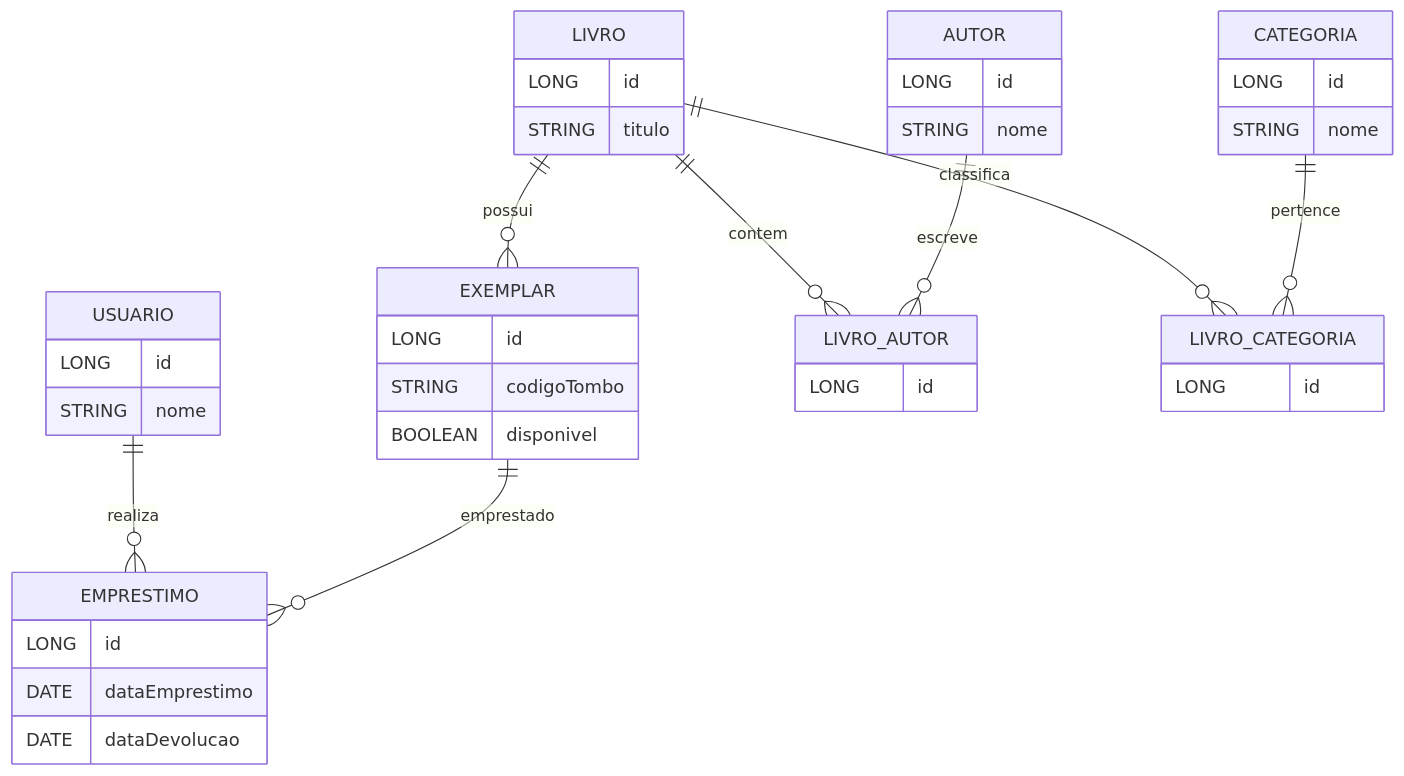
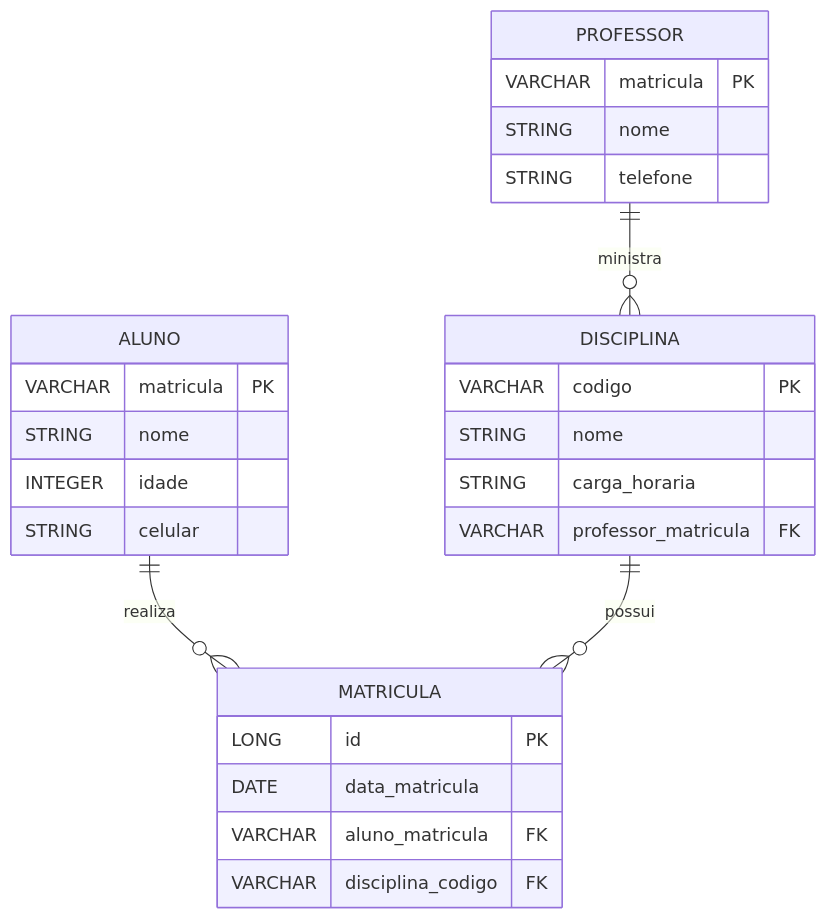
Before and after one commit to javajdk2023/j2: the first of 2 diagrams in README.md, drawn with Mermaid. The commit also changed other lines of this file, not shown here.

````diff
--- a/README.md
+++ b/README.md
@@ -549,61 +689,35 @@
 ```mermaid
 erDiagram
-    USUARIO {
-        LONG id
+
+    ALUNO {
+        VARCHAR matricula PK
         STRING nome
+        INTEGER idade
+        STRING celular
     }
 
-    LIVRO {
-        LONG id
-        STRING titulo
+    PROFESSOR {
+        VARCHAR matricula PK
+        STRING nome
+        STRING telefone
     }
 
-    EXEMPLAR {
-        LONG id
-        STRING codigoTombo
-        BOOLEAN disponivel
+    DISCIPLINA {
+        VARCHAR codigo PK
+        STRING nome
+        STRING carga_horaria
+        VARCHAR professor_matricula FK
     }
 
-    AUTOR {
-        LONG id
-        STRING nome
+    MATRICULA {
+        LONG id PK
+        DATE data_matricula
+        VARCHAR aluno_matricula FK
+        VARCHAR disciplina_codigo FK
     }
 
-    CATEGORIA {
-        LONG id
-        STRING nome
-    }
+    PROFESSOR ||--o{ DISCIPLINA : ministra
 
-    EMPRESTIMO {
-        LONG id
-        DATE dataEmprestimo
-        DATE dataDevolucao
-    }
-
-    LIVRO_AUTOR {
-        LONG id
-    }
-
-    LIVRO_CATEGORIA {
-        LONG id
-    }
-
-    %% ================= RELACIONAMENTOS =================
-
-    %% Usuário realiza empréstimos
-    USUARIO ||--o{ EMPRESTIMO : realiza
-
-    %% Empréstimo feito sobre EXEMPLAR (não mais diretamente no livro)
-    EXEMPLAR ||--o{ EMPRESTIMO : emprestado
-
-    %% Livro possui vários exemplares
-    LIVRO ||--o{ EXEMPLAR : possui
-
-    %% Livro x Autor (N:N)
-    LIVRO ||--o{ LIVRO_AUTOR : contem
-    AUTOR ||--o{ LIVRO_AUTOR : escreve
-
-    %% Livro x Categoria (N:N)
-    LIVRO ||--o{ LIVRO_CATEGORIA : classifica
-    CATEGORIA ||--o{ LIVRO_CATEGORIA : pertence
+    ALUNO ||--o{ MATRICULA : realiza
+    DISCIPLINA ||--o{ MATRICULA : possui
 ```
````
